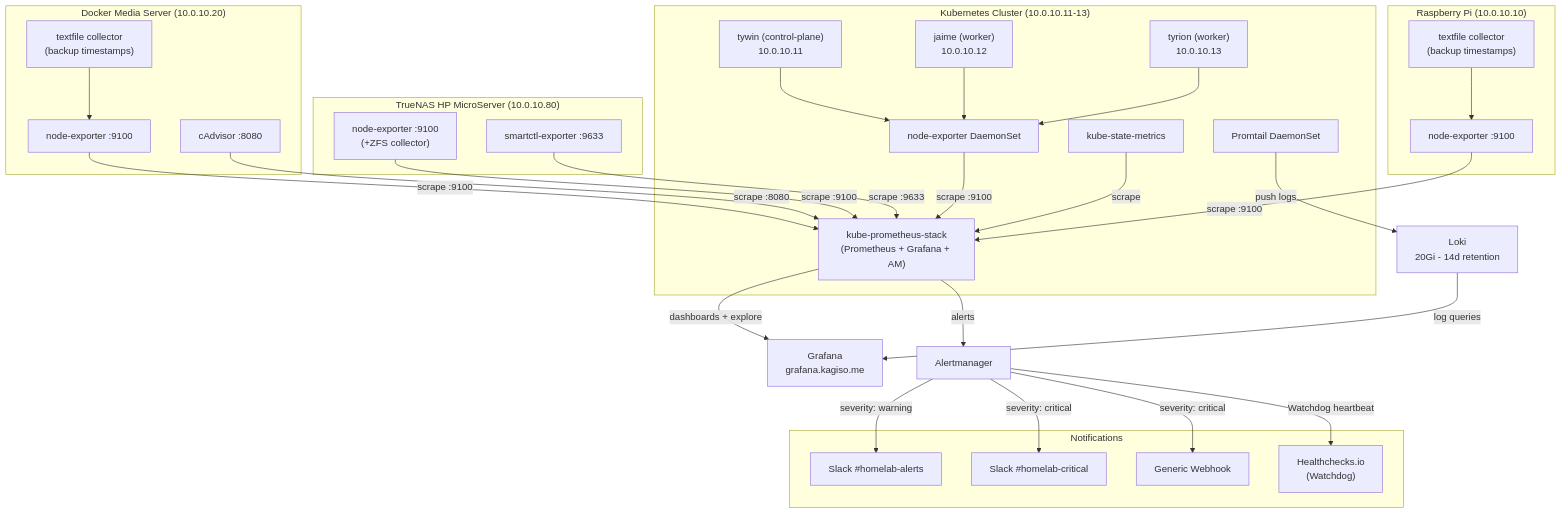
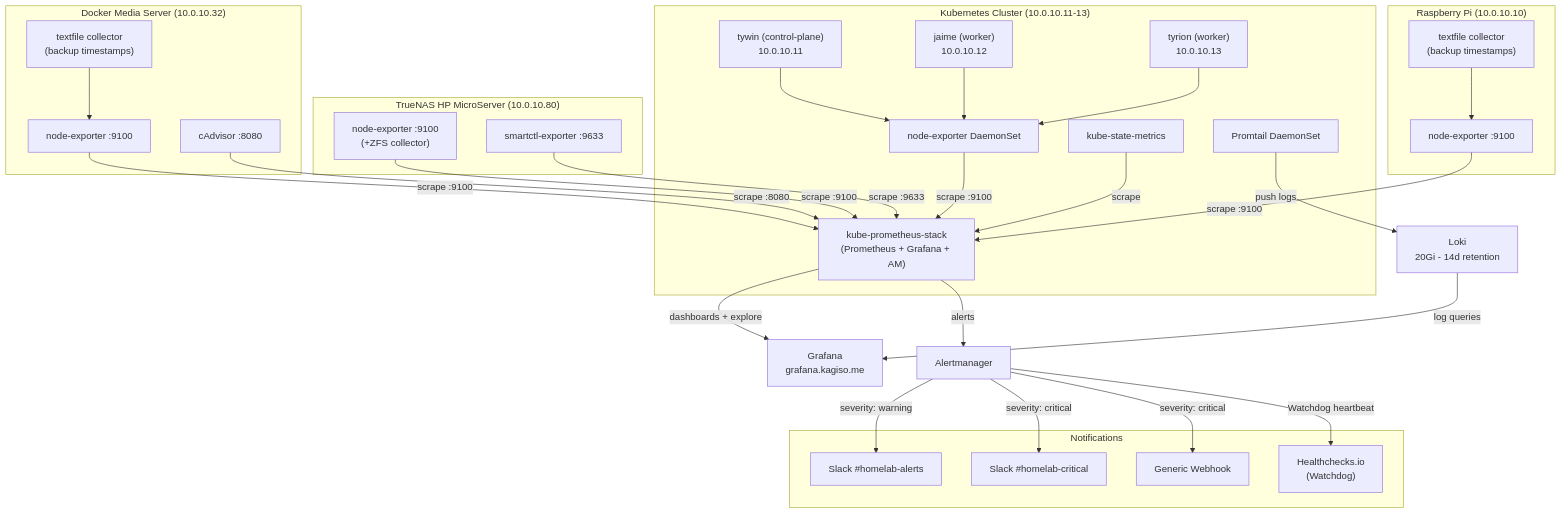
One commit to Kagiso-me/homelab-infrastructure changed the diagram in docs/guides/07-Monitoring-Observability.md. Above: the diagram before and after it, drawn with Mermaid. The commit also changed other lines of this file and 45 other files, not shown here.

First line of the commit message:
Add ADR-005 for self-hosted GitHub Actions runners and create roadmap HTML

````diff
--- a/docs/guides/07-Monitoring-Observability.md
+++ b/docs/guides/07-Monitoring-Observability.md
@@ -80,62 +80,62 @@
 ```mermaid
 graph TD
     subgraph k8s["Kubernetes Cluster (10.0.10.11-13)"]
         tywin["tywin (control-plane)\n10.0.10.11"]
         jaime["jaime (worker)\n10.0.10.12"]
         tyrion["tyrion (worker)\n10.0.10.13"]
         ne_k8s["node-exporter DaemonSet"]
         ksm["kube-state-metrics"]
         promtail["Promtail DaemonSet"]
         prom_stack["kube-prometheus-stack\n(Prometheus + Grafana + AM)"]
     end
 
-    subgraph docker["Docker Media Server (10.0.10.20)"]
+    subgraph docker["Docker Media Server (10.0.10.32)"]
         ne_docker["node-exporter :9100"]
         cadvisor["cAdvisor :8080"]
         backup_txt["textfile collector\n(backup timestamps)"]
     end
 
     subgraph truenas["TrueNAS HP MicroServer (10.0.10.80)"]
         ne_truenas["node-exporter :9100\n(+ZFS collector)"]
         smartctl["smartctl-exporter :9633"]
     end
 
     subgraph rpi["Raspberry Pi (10.0.10.10)"]
         ne_rpi["node-exporter :9100"]
         rpi_txt["textfile collector\n(backup timestamps)"]
     end
 
     subgraph notify["Notifications"]
         slack_warn["Slack #homelab-alerts"]
         slack_crit["Slack #homelab-critical"]
         webhook["Generic Webhook"]
         hcio["Healthchecks.io\n(Watchdog)"]
     end
 
     tywin --> ne_k8s
     jaime --> ne_k8s
     tyrion --> ne_k8s
 
     ne_k8s -->|scrape :9100| prom_stack
     ksm -->|scrape| prom_stack
     promtail -->|push logs| loki["Loki\n20Gi - 14d retention"]
 
     ne_docker -->|scrape :9100| prom_stack
     cadvisor -->|scrape :8080| prom_stack
     backup_txt --> ne_docker
 
     ne_truenas -->|scrape :9100| prom_stack
     smartctl -->|scrape :9633| prom_stack
 
     ne_rpi -->|scrape :9100| prom_stack
     rpi_txt --> ne_rpi
 
     prom_stack -->|dashboards + explore| grafana["Grafana\ngrafana.kagiso.me"]
     loki -->|log queries| grafana
 
     prom_stack -->|alerts| am["Alertmanager"]
     am -->|severity: warning| slack_warn
     am -->|severity: critical| slack_crit
     am -->|severity: critical| webhook
     am -->|Watchdog heartbeat| hcio
 ```
````
